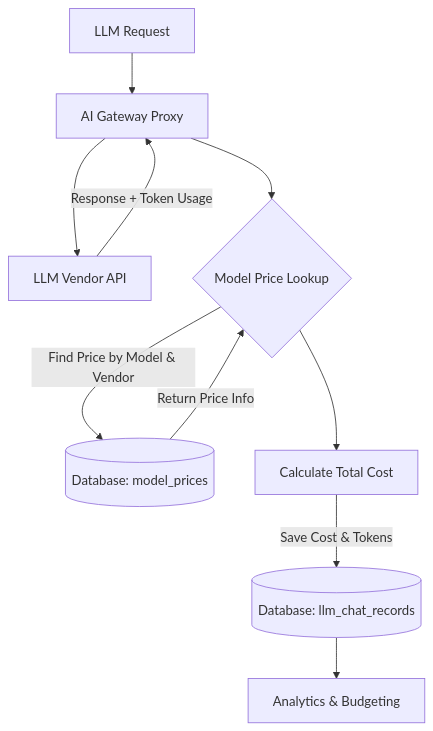
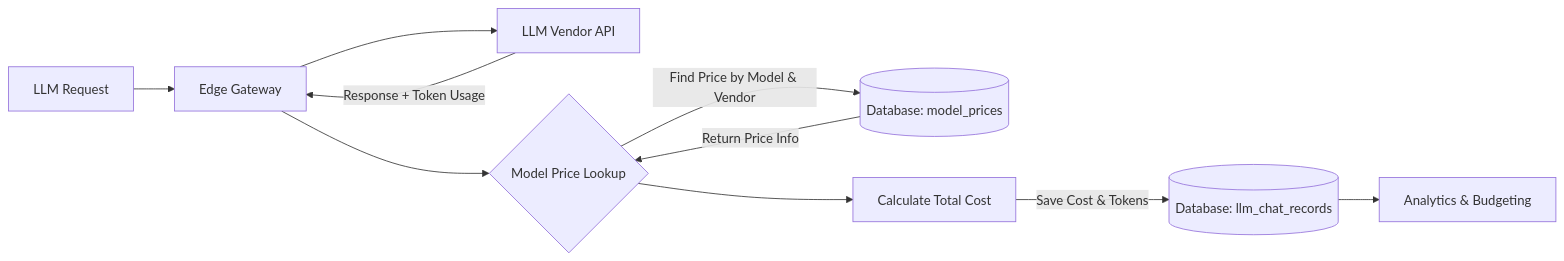
The diagram in ai-management/ai-studio/model-prices.mdx (TykTechnologies/tyk-docs), drawn with Mermaid before and after one commit. The commit also changed 2 other files, not shown here.

````diff
--- a/ai-management/ai-studio/model-prices.mdx
+++ b/ai-management/ai-studio/model-prices.mdx
@@ -16,12 +16,12 @@
 ```mermaid
-graph TD
-    A[LLM Request] --> B[AI Gateway Proxy]
+graph LR
+    A[LLM Request] --> B[Edge Gateway]
     B --> C[LLM Vendor API]
     C -->|Response + Token Usage| B
     B --> D{Model Price Lookup}
     D -->|Find Price by Model & Vendor| E[(Database: model_prices)]
     E -->|Return Price Info| D
     D --> F[Calculate Total Cost]
     F -->|Save Cost & Tokens| G[(Database: llm_chat_records)]
     G --> H[Analytics & Budgeting]
 ```
````
